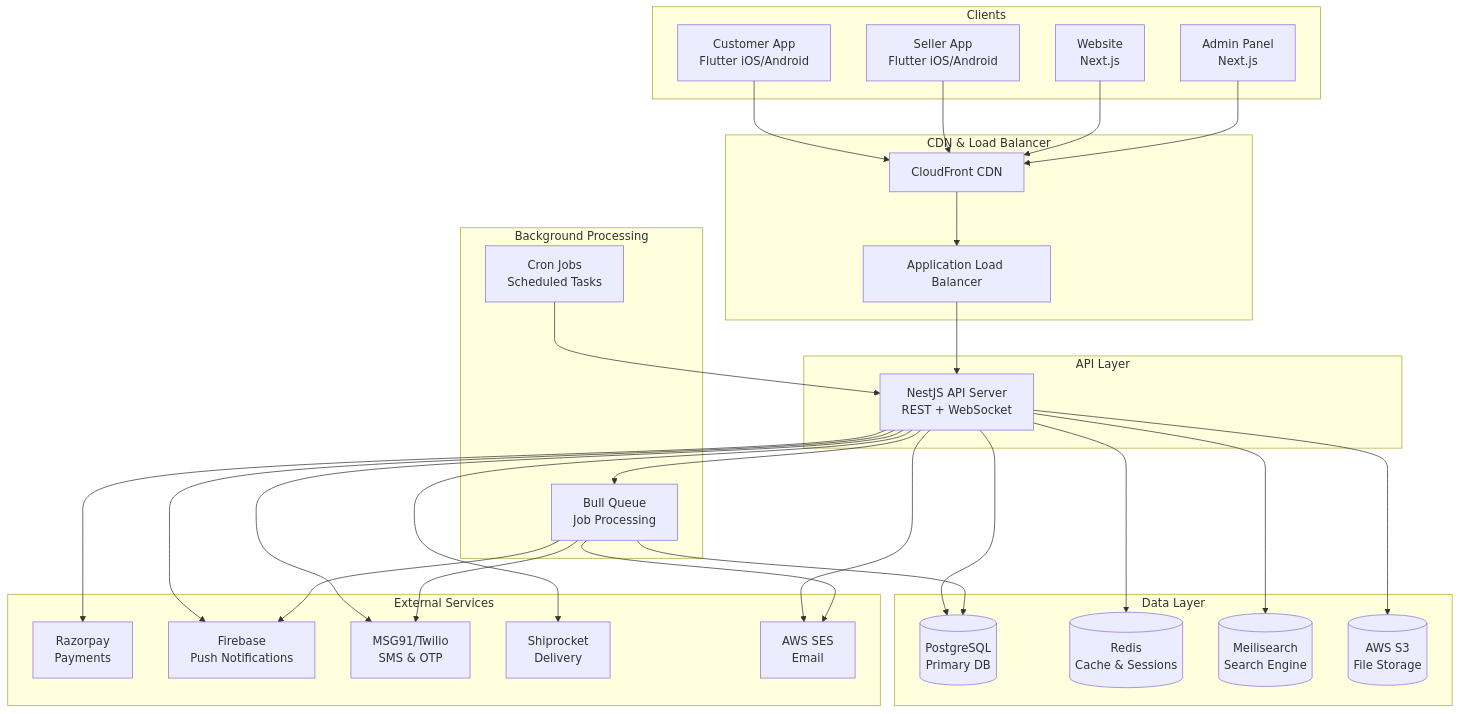
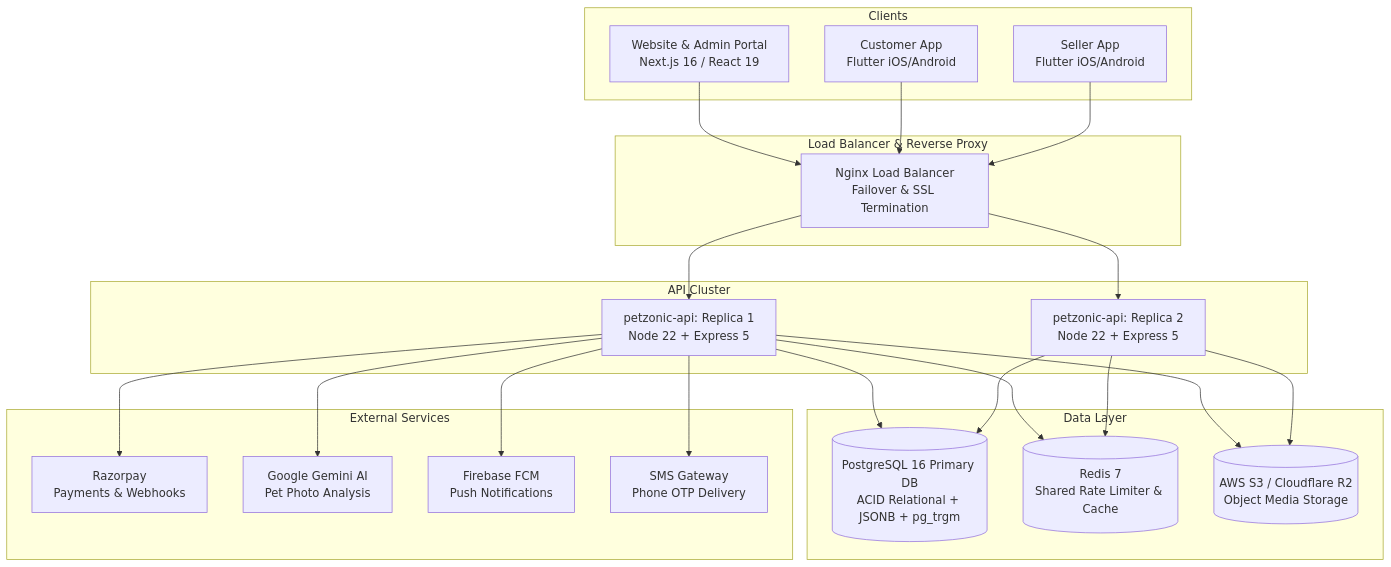
The first of 6 diagrams in docs/02-technical-architecture/system-architecture.md (sudarsan-22/PetZonic), drawn with Mermaid before and after one commit. The commit also changed other lines of this file and 9 other files, not shown here.

Commit message:
docs: synchronize architecture, schema, APIs, and setup with live production codebase

````diff
--- a/docs/02-technical-architecture/system-architecture.md
+++ b/docs/02-technical-architecture/system-architecture.md
@@ -16,60 +16,46 @@
 ```mermaid
 graph TB
     subgraph Clients
+        WEB[Website & Admin Portal<br/>Next.js 16 / React 19]
         CA[Customer App<br/>Flutter iOS/Android]
         SA[Seller App<br/>Flutter iOS/Android]
-        WEB[Website<br/>Next.js]
-        ADM[Admin Panel<br/>Next.js]
     end
 
-    subgraph CDN & Load Balancer
-        CF[CloudFront CDN]
-        ALB[Application Load Balancer]
+    subgraph Load Balancer & Reverse Proxy
+        NGINX[Nginx Load Balancer<br/>Failover & SSL Termination]
     end
 
-    subgraph API Layer
-        API[NestJS API Server<br/>REST + WebSocket]
+    subgraph API Cluster
+        API1[petzonic-api: Replica 1<br/>Node 22 + Express 5]
+        API2[petzonic-api: Replica 2<br/>Node 22 + Express 5]
     end
 
     subgraph Data Layer
-        PG[(PostgreSQL<br/>Primary DB)]
-        RD[(Redis<br/>Cache & Sessions)]
-        MS[(Meilisearch<br/>Search Engine)]
-        S3[(AWS S3<br/>File Storage)]
+        PG[(PostgreSQL 16 Primary DB<br/>ACID Relational + JSONB + pg_trgm)]
+        RD[(Redis 7<br/>Shared Rate Limiter & Cache)]
+        S3[(AWS S3 / Cloudflare R2<br/>Object Media Storage)]
     end
 
     subgraph External Services
-        RP[Razorpay<br/>Payments]
-        FCM[Firebase<br/>Push Notifications]
-        SMS[MSG91/Twilio<br/>SMS & OTP]
-        SR[Shiprocket<br/>Delivery]
-        EM[AWS SES<br/>Email]
+        RP[Razorpay<br/>Payments & Webhooks]
+        GEMINI[Google Gemini AI<br/>Pet Photo Analysis]
+        FCM[Firebase FCM<br/>Push Notifications]
+        SMS[SMS Gateway<br/>Phone OTP Delivery]
     end
 
-    subgraph Background Processing
-        BQ[Bull Queue<br/>Job Processing]
-        CRON[Cron Jobs<br/>Scheduled Tasks]
-    end
-
-    CA --> CF
-    SA --> CF
-    WEB --> CF
-    ADM --> CF
-    CF --> ALB
-    ALB --> API
-    API --> PG
-    API --> RD
-    API --> MS
-    API --> S3
-    API --> BQ
-    API --> RP
-    API --> FCM
-    API --> SMS
-    API --> SR
-    API --> EM
-    BQ --> PG
-    BQ --> FCM
-    BQ --> SMS
-    BQ --> EM
-    CRON --> API
+    WEB --> NGINX
+    CA --> NGINX
+    SA --> NGINX
+    NGINX --> API1
+    NGINX --> API2
+    API1 --> PG
+    API2 --> PG
+    API1 --> RD
+    API2 --> RD
+    API1 --> S3
+    API2 --> S3
+    API1 --> RP
+    API1 --> GEMINI
+    API1 --> FCM
+    API1 --> SMS
 ```
````
